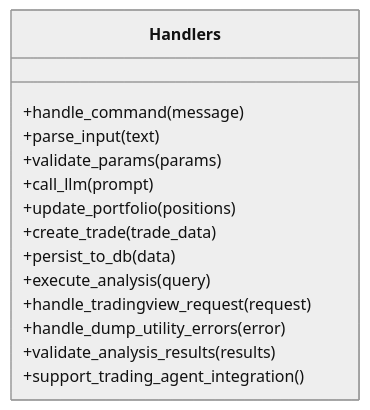
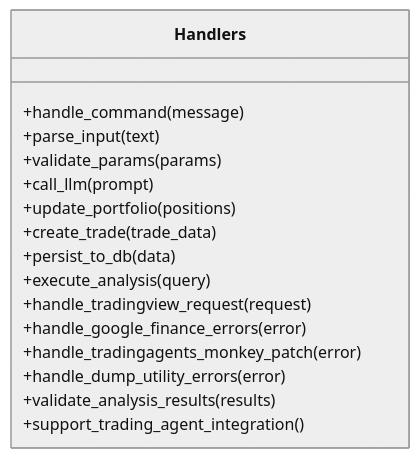
Before and after one commit to ZengSeng/telegram-bot: the fourth of 13 diagrams in .qoder/repowiki/en/content/Core Components/Analysis Framework.md, drawn with Mermaid (neutral theme). The commit also changed other lines of this file and 22 other files, not shown here.

````diff
--- a/.qoder/repowiki/en/content/Core Components/Analysis Framework.md
+++ b/.qoder/repowiki/en/content/Core Components/Analysis Framework.md
@@ -264,17 +283,19 @@
 ```mermaid
 classDiagram
 class Handlers {
 +handle_command(message)
 +parse_input(text)
 +validate_params(params)
 +call_llm(prompt)
 +update_portfolio(positions)
 +create_trade(trade_data)
 +persist_to_db(data)
 +execute_analysis(query)
 +handle_tradingview_request(request)
++handle_google_finance_errors(error)
++handle_tradingagents_monkey_patch(error)
 +handle_dump_utility_errors(error)
 +validate_analysis_results(results)
 +support_trading_agent_integration()
 }
 ```
````
